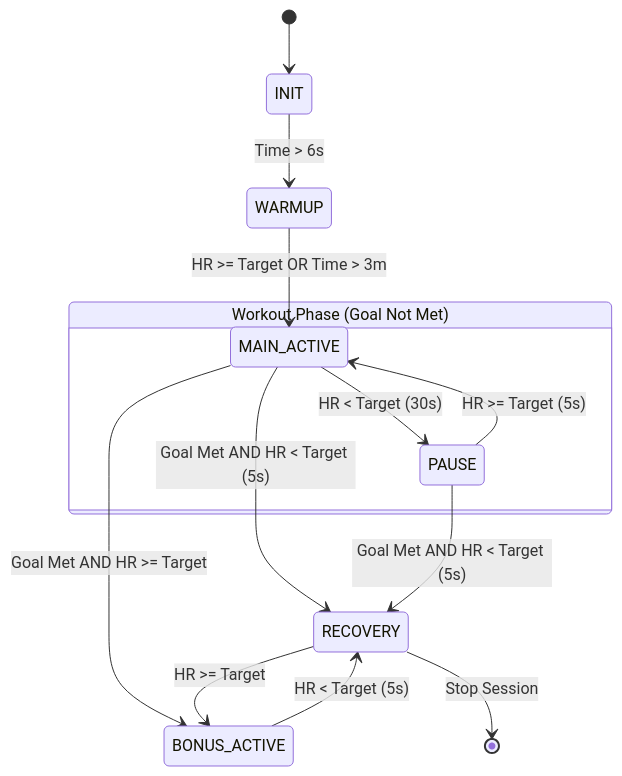
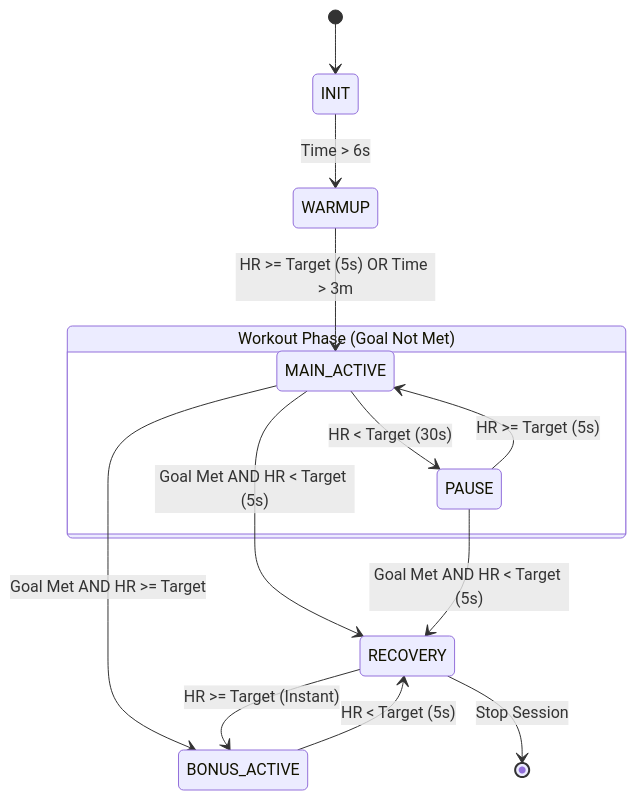
Before and after one commit to frogofprey/aahrm_vibe_proto: the diagram in normal_state.md, drawn with Mermaid. The commit also changed other lines of this file and 7 other files, not shown here.

````diff
--- a/normal_state.md
+++ b/normal_state.md
@@ -18,22 +18,22 @@
 ```mermaid
 stateDiagram-v2
     [*] --> INIT
     INIT --> WARMUP: Time > 6s
     
-    WARMUP --> MAIN_ACTIVE: HR >= Target OR Time > 3m
+    WARMUP --> MAIN_ACTIVE: HR >= Target (5s) OR Time > 3m
     
     state "Workout Phase (Goal Not Met)" as Workout {
         MAIN_ACTIVE --> PAUSE: HR < Target (30s)
         PAUSE --> MAIN_ACTIVE: HR >= Target (5s)
     }
     
     MAIN_ACTIVE --> BONUS_ACTIVE: Goal Met AND HR >= Target
     MAIN_ACTIVE --> RECOVERY: Goal Met AND HR < Target (5s)
     
     PAUSE --> RECOVERY: Goal Met AND HR < Target (5s)
     
     BONUS_ACTIVE --> RECOVERY: HR < Target (5s)
-    RECOVERY --> BONUS_ACTIVE: HR >= Target
+    RECOVERY --> BONUS_ACTIVE: HR >= Target (Instant)
     
     RECOVERY --> [*]: Stop Session
 ```
````
